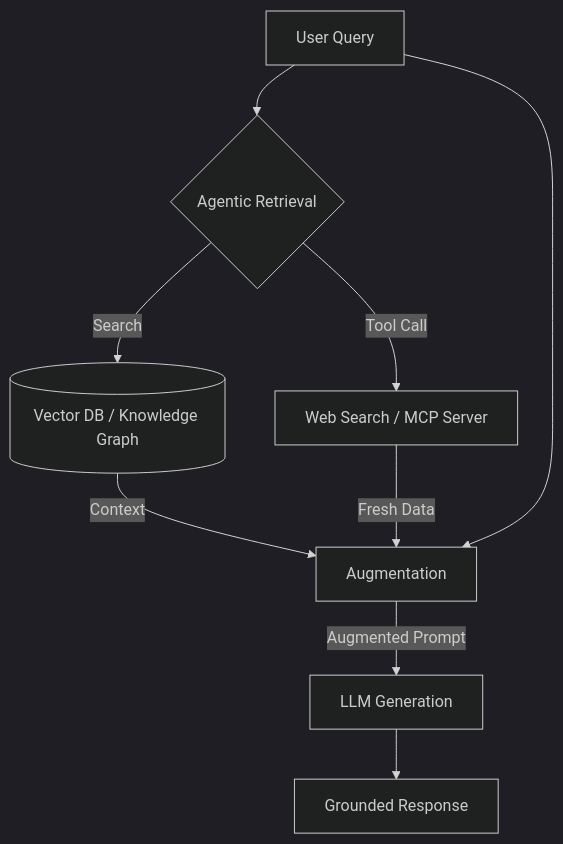
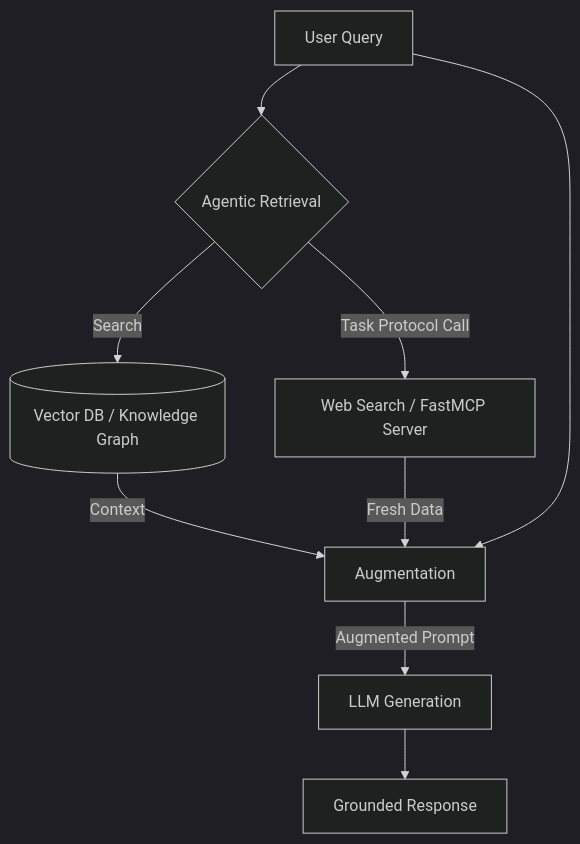
One commit to joanmarcriera/Home-office-automations changed the diagram in docs/knowledge_base/patterns/rag-pattern.md. Above: the diagram before and after it, drawn with Mermaid (dark theme). The commit also changed other lines of this file and 5 other files, not shown here.

````diff
--- a/docs/knowledge_base/patterns/rag-pattern.md
+++ b/docs/knowledge_base/patterns/rag-pattern.md
@@ -8,11 +8,11 @@
 ```mermaid
 flowchart TD
     A[User Query] --> B{Agentic Retrieval}
     B -->|Search| C[(Vector DB / Knowledge Graph)]
-    B -->|Tool Call| G[Web Search / MCP Server]
+    B -->|Task Protocol Call| G[Web Search / FastMCP Server]
     C -->|Context| D[Augmentation]
     G -->|Fresh Data| D
     A --> D
     D -->|Augmented Prompt| E[LLM Generation]
     E --> F[Grounded Response]
 ```
````
